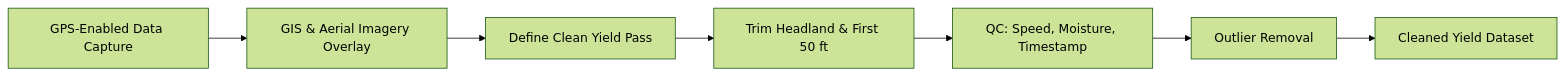
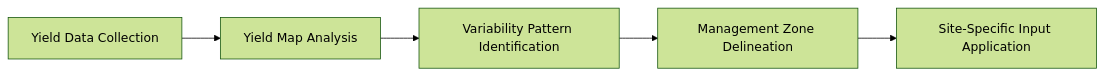
One commit to 00113844/AGRI4401_website changed the sixth of 9 diagrams in presentations/presentation.qmd. Above: the diagram before and after it, drawn with Mermaid (forest theme). The commit also changed other lines of this file and 4 other files, not shown here.

````diff
--- a/presentations/presentation.qmd
+++ b/presentations/presentation.qmd
@@ -559,9 +555,7 @@
 ```{mermaid}
 graph LR
-  A[GPS-Enabled Data Capture] --> B[GIS & Aerial Imagery Overlay]
-  B --> C[Define Clean Yield Pass]
-  C --> D[Trim Headland & First 50 ft]
-  D --> E[QC: Speed, Moisture, Timestamp]
-  E --> F[Outlier Removal]
-  F --> G[Cleaned Yield Dataset]
+    A[Yield Data Collection] --> B[Yield Map Analysis]
+    B --> C[Variability Pattern Identification]
+    C --> D[Management Zone Delineation]
+    D --> E[Site-Specific Input Application]
 ```
````
